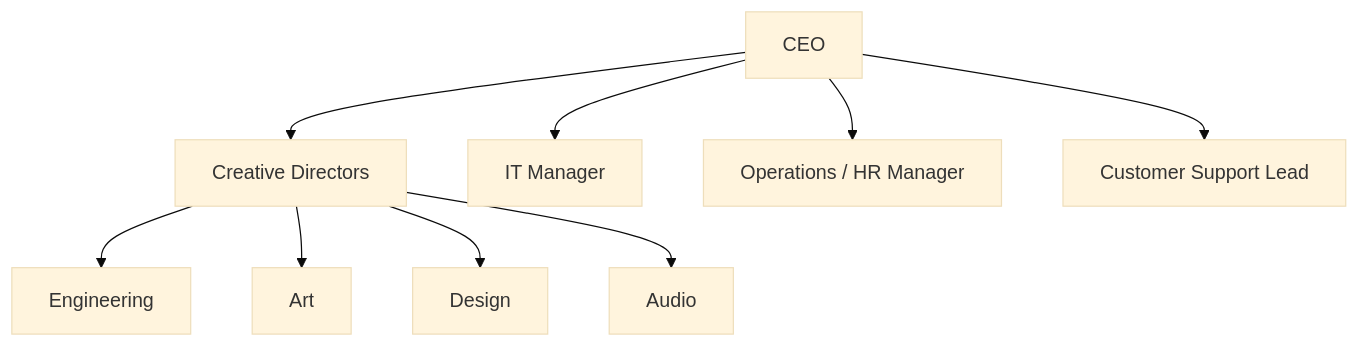
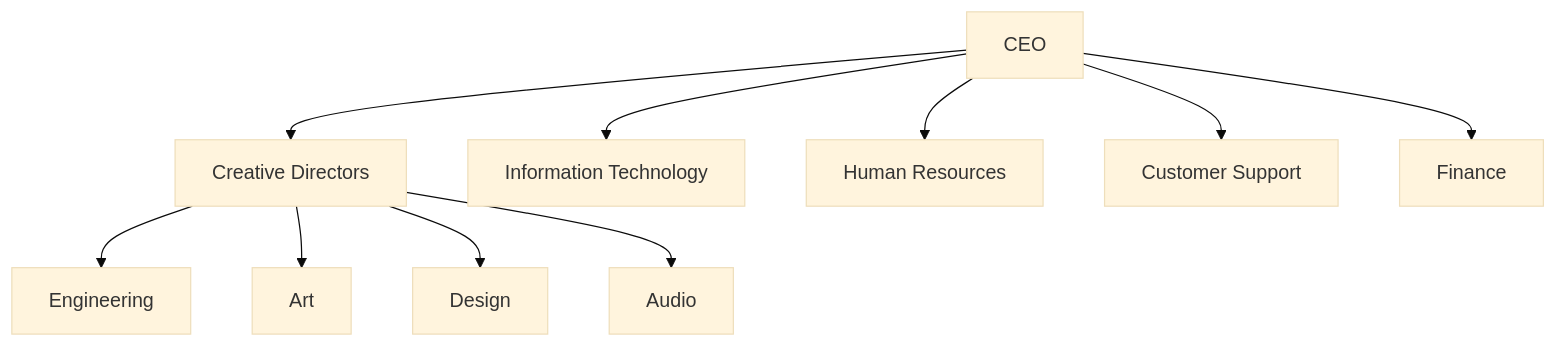
The diagram in entra_project_1/02_entra_project_1_Scenario.md (JonathanGribe/EntraID_projects), drawn with Mermaid (base theme) before and after one commit. The commit also changed other lines of this file, not shown here.

````diff
--- a/entra_project_1/02_entra_project_1_Scenario.md
+++ b/entra_project_1/02_entra_project_1_Scenario.md
@@ -10,22 +10,24 @@
 ```mermaid
 graph TD
     CEO["CEO"]
     CD["Creative Directors"]
     ENG["Engineering"]
     ART["Art"]
     DES["Design"]
     AUD["Audio"]
-    IT["IT Manager"]
-    OPS["Operations / HR Manager"]
-    CS["Customer Support Lead"]
+    IT["Information Technology"]
+    OPS["Human Resources"]
+    CS["Customer Support"]
+    AC["Finance"]
 
     CEO --> CD
     CD --> ENG
     CD --> ART
     CD --> DES
     CD --> AUD
 
     CEO --> IT
     CEO --> OPS
     CEO --> CS
+    CEO --> AC
 ```
````
